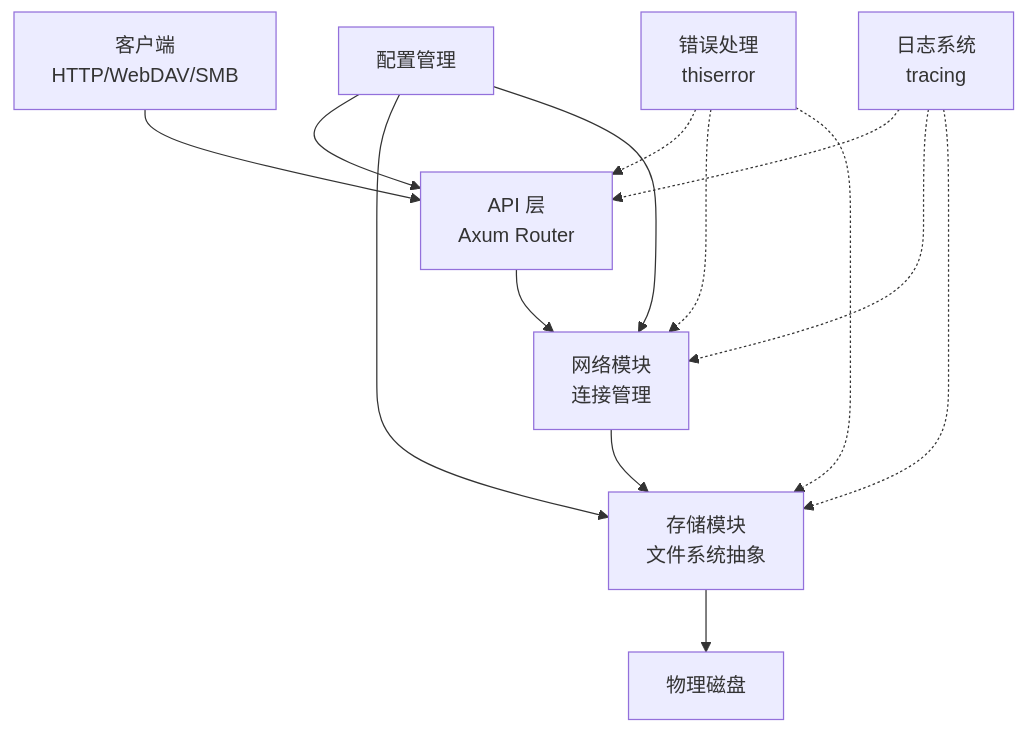
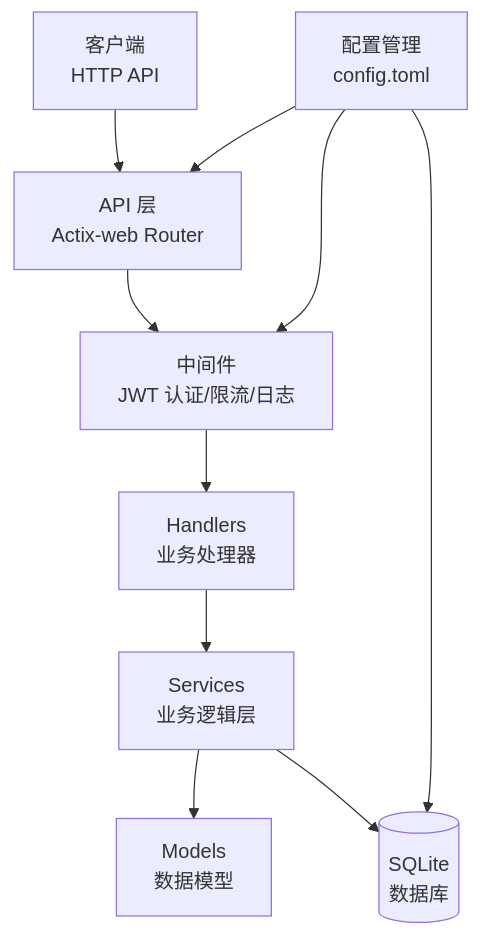
Before and after one commit to AIBAOS/axis: the diagram in hanlinyuan/axis/README.md, drawn with Mermaid. The commit also changed other lines of this file and 3141 other files, not shown here.

````diff
--- a/hanlinyuan/axis/README.md
+++ b/hanlinyuan/axis/README.md
@@ -24,19 +31,13 @@
 ```mermaid
 graph TB
-    Client[客户端<br/>HTTP/WebDAV/SMB] --> API[API 层<br/>Axum Router]
-    API --> Network[网络模块<br/>连接管理]
-    Network --> Storage[存储模块<br/>文件系统抽象]
-    Storage --> Disk[物理磁盘]
+    Client[客户端<br/>HTTP API] --> API[API 层<br/>Actix-web Router]
+    API --> Middleware[中间件<br/>JWT 认证/限流/日志]
+    Middleware --> Handlers[Handlers<br/>业务处理器]
+    Handlers --> Services[Services<br/>业务逻辑层]
+    Services --> Models[Models<br/>数据模型]
+    Services --> Database[(SQLite<br/>数据库)]
     
-    Config[配置管理] --> API
-    Config --> Storage
-    Config --> Network
-    
-    Error[错误处理<br/>thiserror] -.-> API
-    Error -.-> Network
-    Error -.-> Storage
-    
-    Log[日志系统<br/>tracing] -.-> API
-    Log -.-> Network
-    Log -.-> Storage
+    Config[配置管理<br/>config.toml] --> API
+    Config --> Middleware
+    Config --> Database
 ```
````
